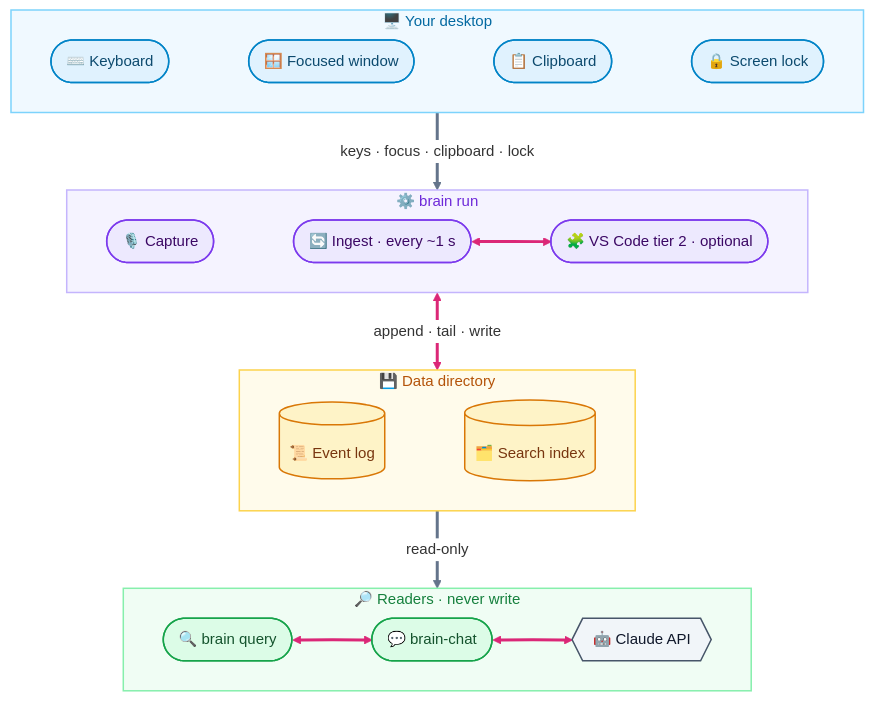
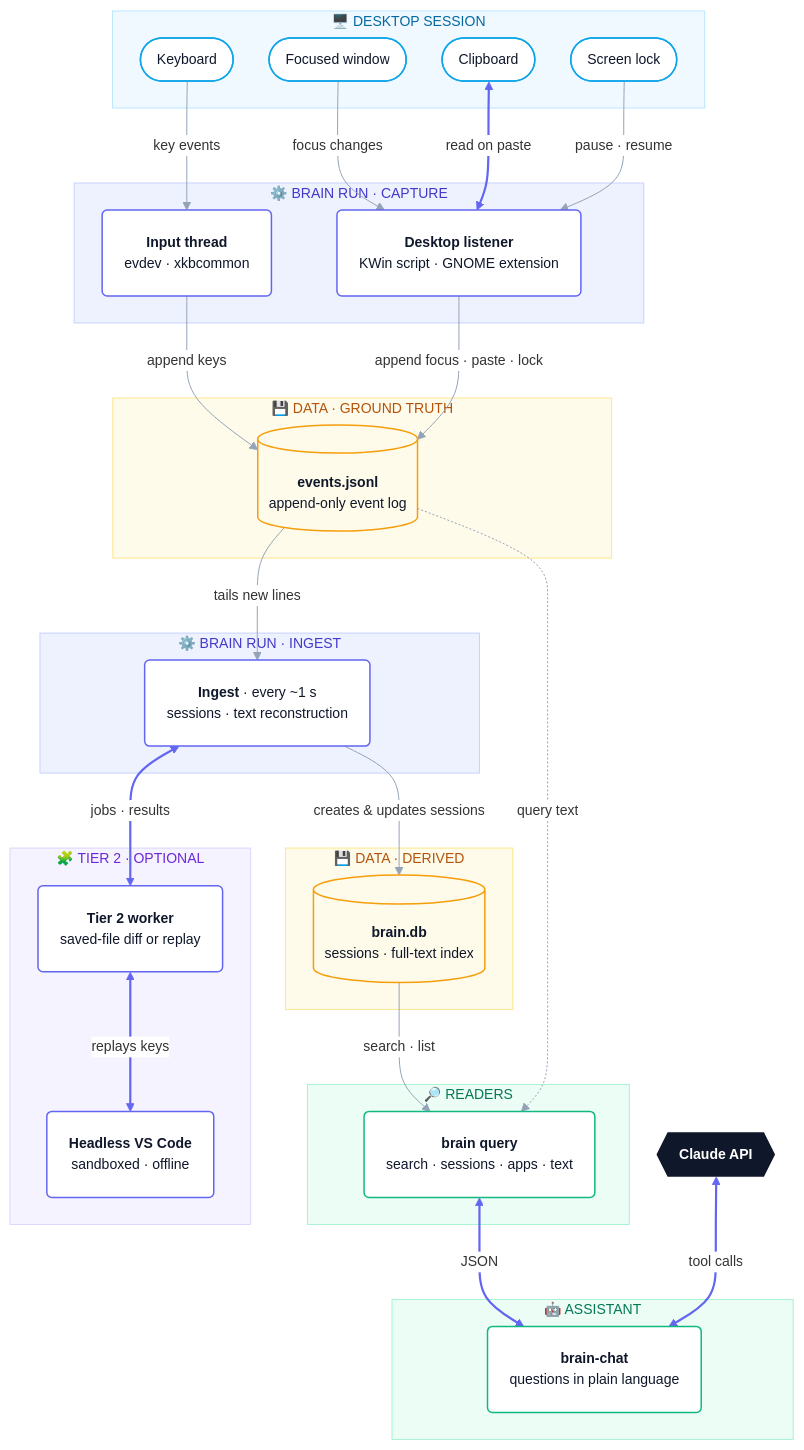
The first of 2 diagrams in DIAGRAMS.md (ChenOhana/shadow-assistant), drawn with Mermaid before and after one commit. The commit also changed other lines of this file and 1 other file, not shown here.

Commit message:
Make the diagrams more detailed and polished
DIAGRAMS.md now shows the architecture as eight layers in data-flow
order, with node-to-node relations (ingest creates and updates the
sessions in brain.db, capture appends to the log, query text reads the
log), a restrained palette and a role table per layer. The stages
diagram labels what passes between stages.

The previous version is kept as DIAGRAMS-v1.md.

Claude-Session: https://claude.ai/code/session_01TqJ1JQ5AR6NbGxAYUZbh83

````diff
--- a/DIAGRAMS.md
+++ b/DIAGRAMS.md
@@ -9,59 +9,79 @@
 ```mermaid
-%%{init: {"theme": "base", "themeVariables": {"fontSize": "15px", "lineColor": "#64748b", "edgeLabelBackground": "#ffffff"}, "flowchart": {"curve": "basis", "padding": 20, "nodeSpacing": 40, "rankSpacing": 55}}}%%
+%%{init: {"theme": "base", "themeVariables": {"fontSize": "14px", "lineColor": "#94a3b8", "edgeLabelBackground": "#ffffff", "textColor": "#334155"}, "flowchart": {"curve": "basis", "padding": 22, "nodeSpacing": 36, "rankSpacing": 54}}}%%
 flowchart TB
-    subgraph L1["🖥️ Your desktop"]
-        direction LR
-        KB(["⌨️ Keyboard"])
-        FOC(["🪟 Focused window"])
-        CLIP(["📋 Clipboard"])
-        SCR(["🔒 Screen lock"])
-        KB ~~~ FOC ~~~ CLIP ~~~ SCR
+    subgraph L1["🖥️  DESKTOP SESSION"]
+        KB(["Keyboard"])
+        FOC(["Focused window"])
+        CLIP(["Clipboard"])
+        SCR(["Screen lock"])
     end
 
-    subgraph L2["⚙️ brain run"]
-        direction LR
-        CAP(["🎙️ Capture"])
-        ING(["🔄 Ingest · every ~1 s"])
-        T2(["🧩 VS Code tier 2 · optional"])
-        CAP ~~~ ING
-        ING <--> T2
+    subgraph L2["⚙️  BRAIN RUN · CAPTURE"]
+        INP("<b>Input thread</b><br/>evdev · xkbcommon")
+        DSK("<b>Desktop listener</b><br/>KWin script · GNOME extension")
     end
 
-    subgraph L3["💾 Data directory"]
-        direction LR
-        LOG[("📜 Event log")]
-        DB[("🗂️ Search index")]
-        LOG ~~~ DB
+    subgraph L3["💾  DATA · GROUND TRUTH"]
+        LOG[("<b>events.jsonl</b><br/>append-only event log")]
     end
 
-    subgraph L4["🔎 Readers · never write"]
-        direction LR
-        Q(["🔍 brain query"])
-        CHAT(["💬 brain-chat"])
-        API{{"🤖 Claude API"}}
-        Q <--> CHAT <--> API
+    subgraph L4["⚙️  BRAIN RUN · INGEST"]
+        ING("<b>Ingest</b> · every ~1 s<br/>sessions · text reconstruction")
     end
 
-    L1 ==>|"keys · focus · clipboard · lock"| L2
-    L2 <==>|"append · tail · write"| L3
-    L3 ==>|"read-only"| L4
+    subgraph L5["💾  DATA · DERIVED"]
+        DB[("<b>brain.db</b><br/>sessions · full-text index")]
+    end
 
-    classDef src fill:#e0f2fe,stroke:#0284c7,stroke-width:1.5px,color:#0c4a6e
-    classDef proc fill:#ede9fe,stroke:#7c3aed,stroke-width:1.5px,color:#3b0764
-    classDef store fill:#fef3c7,stroke:#d97706,stroke-width:1.5px,color:#78350f
-    classDef read fill:#dcfce7,stroke:#16a34a,stroke-width:1.5px,color:#14532d
-    classDef ext fill:#f1f5f9,stroke:#475569,stroke-width:1.5px,color:#0f172a
+    subgraph L6["🔎  READERS"]
+        Q("<b>brain query</b><br/>search · sessions · apps · text")
+    end
+
+    subgraph LT["🧩  TIER 2 · OPTIONAL"]
+        T2("<b>Tier 2 worker</b><br/>saved-file diff or replay")
+        VSC("<b>Headless VS Code</b><br/>sandboxed · offline")
+    end
+
+    subgraph L7["🤖  ASSISTANT"]
+        CHAT("<b>brain-chat</b><br/>questions in plain language")
+    end
+
+    API{{"<b>Claude API</b>"}}
+
+    KB -->|"key events"| INP
+    FOC -->|"focus changes"| DSK
+    CLIP <-->|"read on paste"| DSK
+    SCR -->|"pause · resume"| DSK
+    INP -->|"append keys"| LOG
+    DSK -->|"append focus · paste · lock"| LOG
+    LOG -->|"tails new lines"| ING
+    ING -->|"creates & updates sessions"| DB
+    ING <-->|"jobs · results"| T2
+    T2 <-->|"replays keys"| VSC
+    DB -->|"search · list"| Q
+    LOG -.->|"query text"| Q
+    Q <-->|"JSON"| CHAT
+    API <-->|"tool calls"| CHAT
+
+    classDef src fill:#ffffff,stroke:#0ea5e9,stroke-width:1.5px,color:#0f172a
+    classDef proc fill:#ffffff,stroke:#6366f1,stroke-width:1.5px,color:#0f172a
+    classDef store fill:#fffbeb,stroke:#f59e0b,stroke-width:1.5px,color:#0f172a
+    classDef read fill:#ffffff,stroke:#10b981,stroke-width:1.5px,color:#0f172a
+    classDef ext fill:#0f172a,stroke:#0f172a,stroke-width:1.5px,color:#ffffff
     class KB,FOC,CLIP,SCR src
-    class CAP,ING,T2 proc
+    class INP,DSK,ING,T2,VSC proc
     class LOG,DB store
     class Q,CHAT read
     class API ext
 
-    style L1 fill:#f0f9ff,stroke:#7dd3fc,stroke-width:1.5px,color:#0369a1
-    style L2 fill:#f5f3ff,stroke:#c4b5fd,stroke-width:1.5px,color:#6d28d9
-    style L3 fill:#fffbeb,stroke:#fcd34d,stroke-width:1.5px,color:#b45309
-    style L4 fill:#f0fdf4,stroke:#86efac,stroke-width:1.5px,color:#15803d
+    style L1 fill:#f0f9ff,stroke:#bae6fd,color:#0369a1
+    style L2 fill:#eef2ff,stroke:#c7d2fe,color:#4338ca
+    style L3 fill:#fffbeb,stroke:#fde68a,color:#b45309
+    style L4 fill:#eef2ff,stroke:#c7d2fe,color:#4338ca
+    style L5 fill:#fffbeb,stroke:#fde68a,color:#b45309
+    style L6 fill:#ecfdf5,stroke:#a7f3d0,color:#047857
+    style LT fill:#f5f3ff,stroke:#ddd6fe,color:#6d28d9
+    style L7 fill:#ecfdf5,stroke:#a7f3d0,color:#047857
 
-    linkStyle 4,6,7,9 stroke:#db2777,stroke-width:3px
-    linkStyle 8,10 stroke:#64748b,stroke-width:3px
+    linkStyle 2,8,9,12,13 stroke:#6366f1,stroke-width:2.2px
 ```
````
